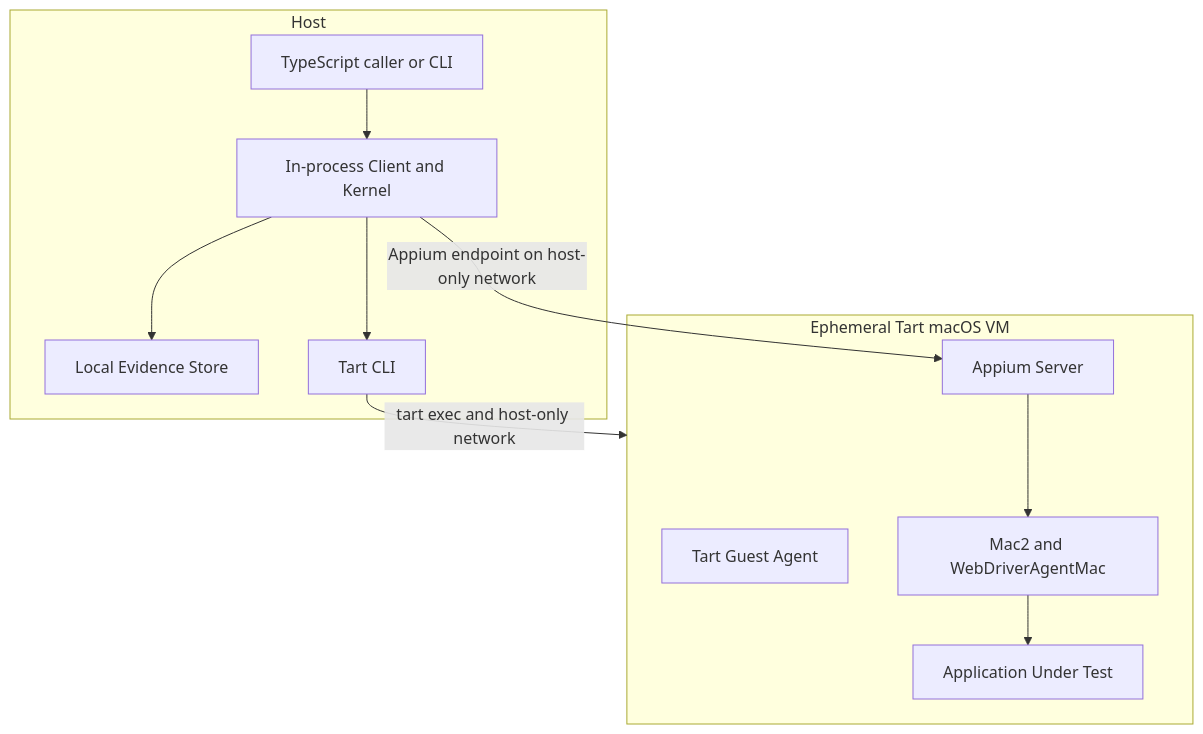
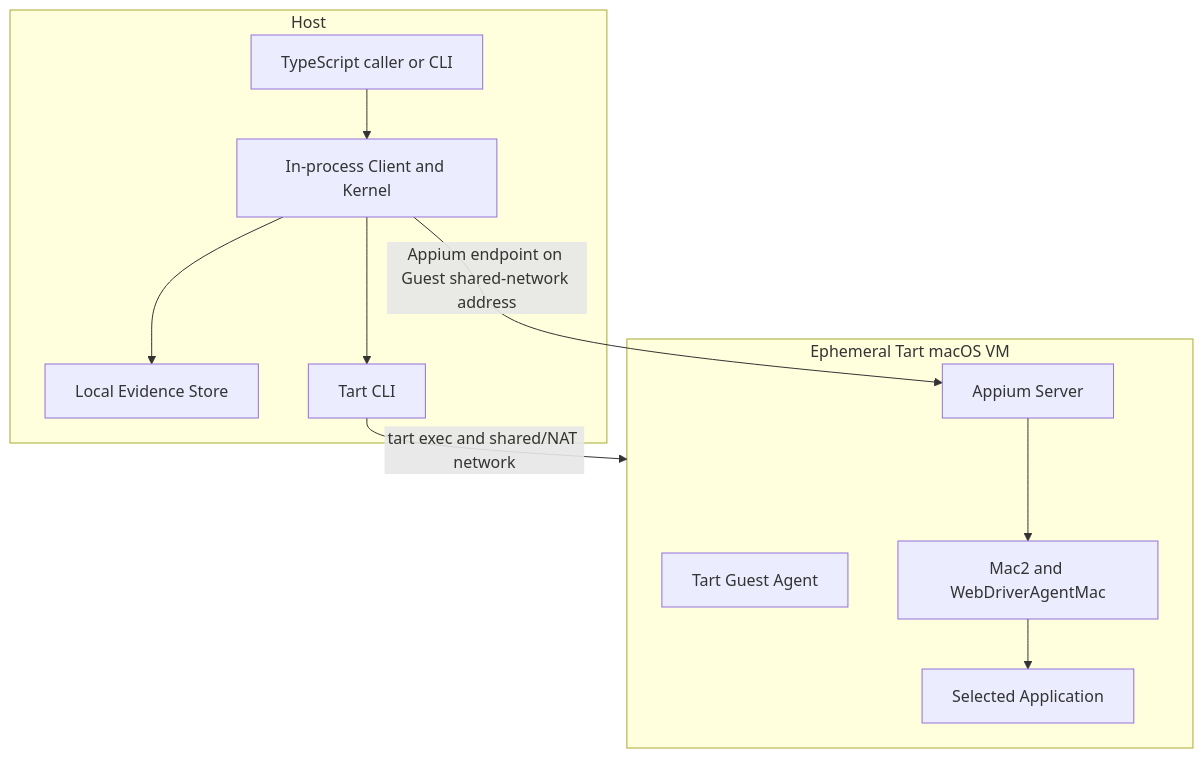
Before and after one commit to FSQ-lab/macos-computer-use: the second of 2 diagrams in SPEC.md, drawn with Mermaid. The commit also changed other lines of this file and 58 other files, not shown here.

````diff
--- a/SPEC.md
+++ b/SPEC.md
@@ -78,18 +82,18 @@
 ```mermaid
 flowchart TB
     subgraph Host
       Caller[TypeScript caller or CLI] --> Gateway[In-process Client and Kernel]
       Gateway --> LocalEvidence[Local Evidence Store]
       Gateway --> TartCLI[Tart CLI]
     end
-    TartCLI -->|tart exec and host-only network| Guest
+    TartCLI -->|tart exec and shared/NAT network| Guest
     subgraph Guest[Ephemeral Tart macOS VM]
       Agent[Tart Guest Agent]
       Appium[Appium Server]
       Driver[Mac2 and WebDriverAgentMac]
-      AUT[Application Under Test]
+      SelectedApp[Selected Application]
       Appium --> Driver
-      Driver --> AUT
+      Driver --> SelectedApp
     end
-    Gateway -->|Appium endpoint on host-only network| Appium
+    Gateway -->|Appium endpoint on Guest shared-network address| Appium
 ```
````
